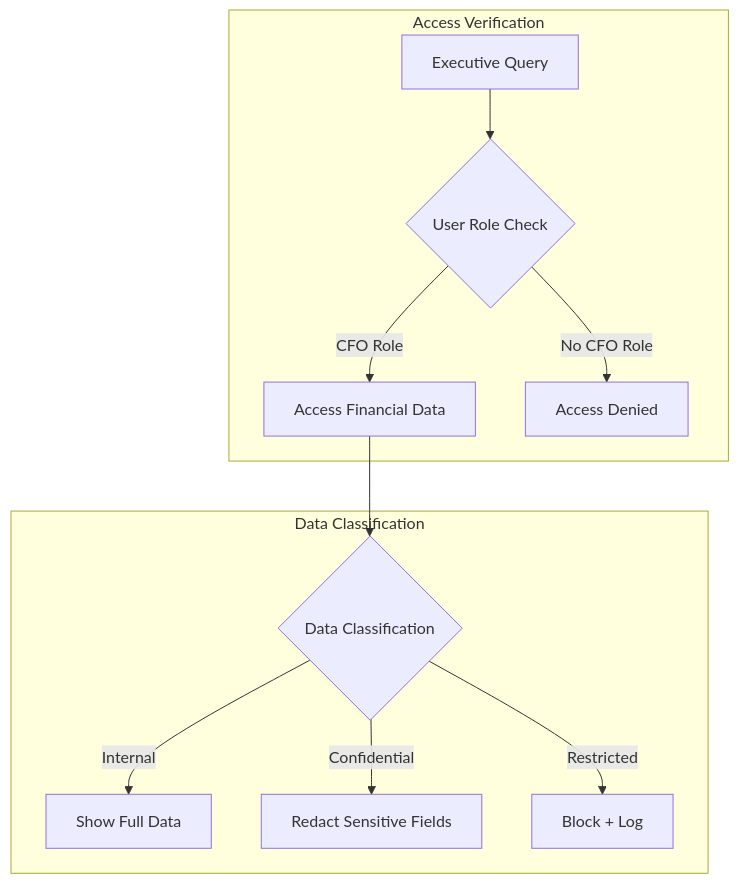
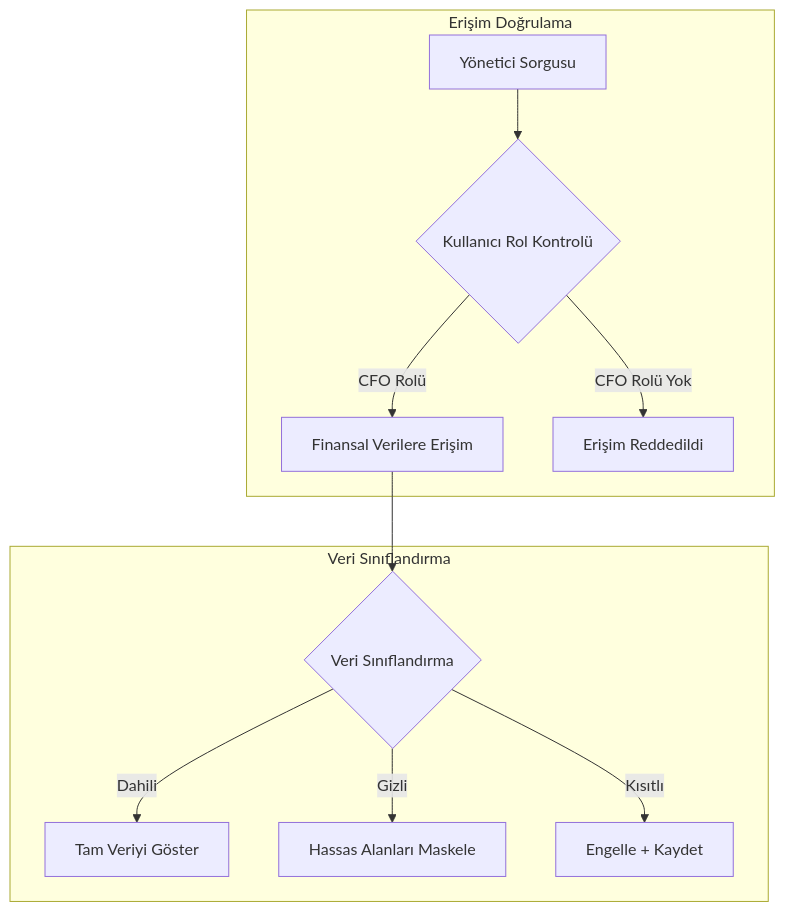
The fifth of 7 diagrams in Technical Tutorials/BTP/TR/chapters/14-c-level-agents.md (beyhanmeyrali/sap-all), drawn with Mermaid before and after one commit. The commit also changed other lines of this file and 11 other files, not shown here.

````diff
--- a/Technical Tutorials/BTP/TR/chapters/14-c-level-agents.md
+++ b/Technical Tutorials/BTP/TR/chapters/14-c-level-agents.md
@@ -269,15 +271,15 @@
 ```mermaid
 flowchart TD
-    subgraph "Access Verification"
-        Q[Executive Query] --> CHECK{User Role Check}
-        CHECK --> |"CFO Role"| ALLOW[Access Financial Data]
-        CHECK --> |"No CFO Role"| DENY[Access Denied]
+    subgraph "Erişim Doğrulama"
+        Q[Yönetici Sorgusu] --> CHECK{Kullanıcı Rol Kontrolü}
+        CHECK --> |"CFO Rolü"| ALLOW[Finansal Verilere Erişim]
+        CHECK --> |"CFO Rolü Yok"| DENY[Erişim Reddedildi]
     end
 
-    subgraph "Data Classification"
-        ALLOW --> CLASS{Data Classification}
-        CLASS --> |"Internal"| SHOW[Show Full Data]
-        CLASS --> |"Confidential"| REDACT[Redact Sensitive Fields]
-        CLASS --> |"Restricted"| BLOCK[Block + Log]
+    subgraph "Veri Sınıflandırma"
+        ALLOW --> CLASS{Veri Sınıflandırma}
+        CLASS --> |"Dahili"| SHOW[Tam Veriyi Göster]
+        CLASS --> |"Gizli"| REDACT[Hassas Alanları Maskele]
+        CLASS --> |"Kısıtlı"| BLOCK[Engelle + Kaydet]
     end
 ```
````
